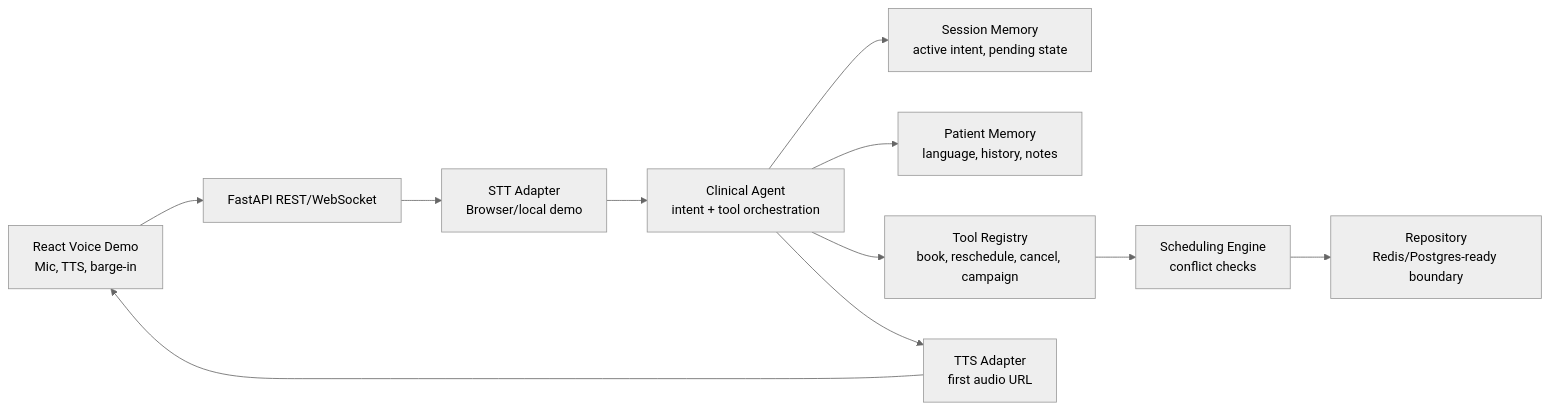
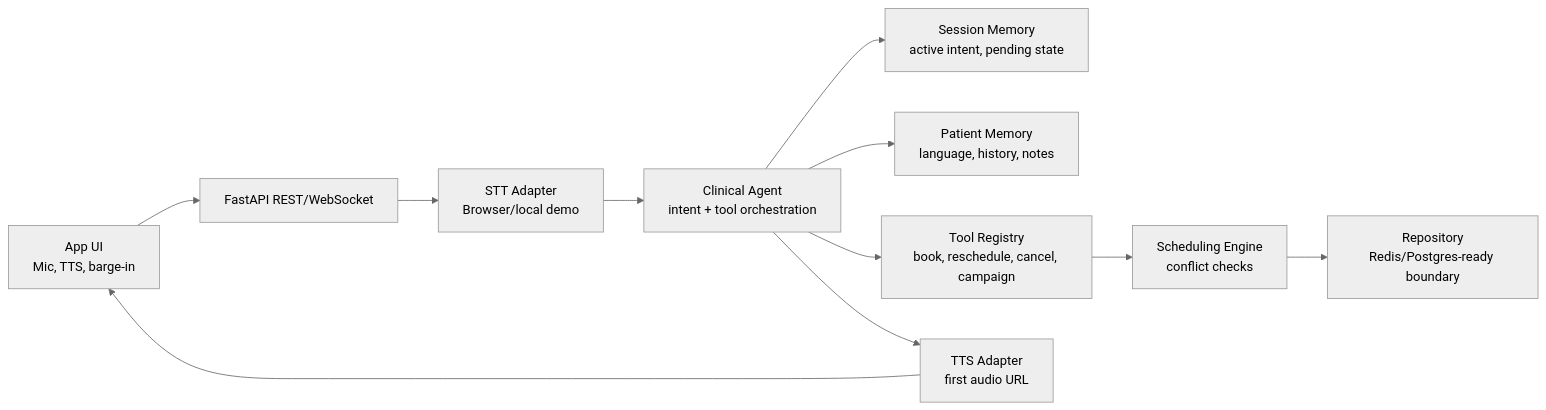
The diagram in README.md (Lokesh0554/voice-agent-clinical), drawn with Mermaid (neutral theme) before and after one commit. The commit also changed other lines of this file, not shown here.

Commit message:
Expand README with workflow and architecture details

````diff
--- a/README.md
+++ b/README.md
@@ -60,13 +193,13 @@
 ```mermaid
 flowchart LR
-  Browser["React Voice Demo<br/>Mic, TTS, barge-in"] --> API["FastAPI REST/WebSocket"]
+  Browser["App UI<br/>Mic, TTS, barge-in"] --> API["FastAPI REST/WebSocket"]
   API --> STT["STT Adapter<br/>Browser/local demo"]
   STT --> Agent["Clinical Agent<br/>intent + tool orchestration"]
   Agent --> Memory["Session Memory<br/>active intent, pending state"]
   Agent --> Profile["Patient Memory<br/>language, history, notes"]
   Agent --> Tools["Tool Registry<br/>book, reschedule, cancel, campaign"]
   Tools --> Scheduler["Scheduling Engine<br/>conflict checks"]
   Scheduler --> Store["Repository<br/>Redis/Postgres-ready boundary"]
   Agent --> TTS["TTS Adapter<br/>first audio URL"]
   TTS --> Browser
 ```
````
